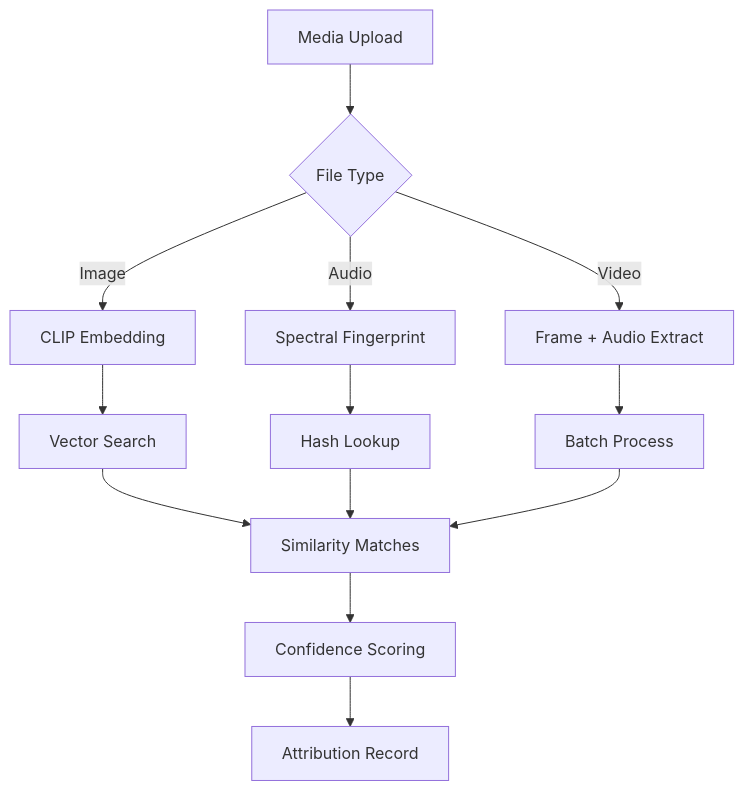
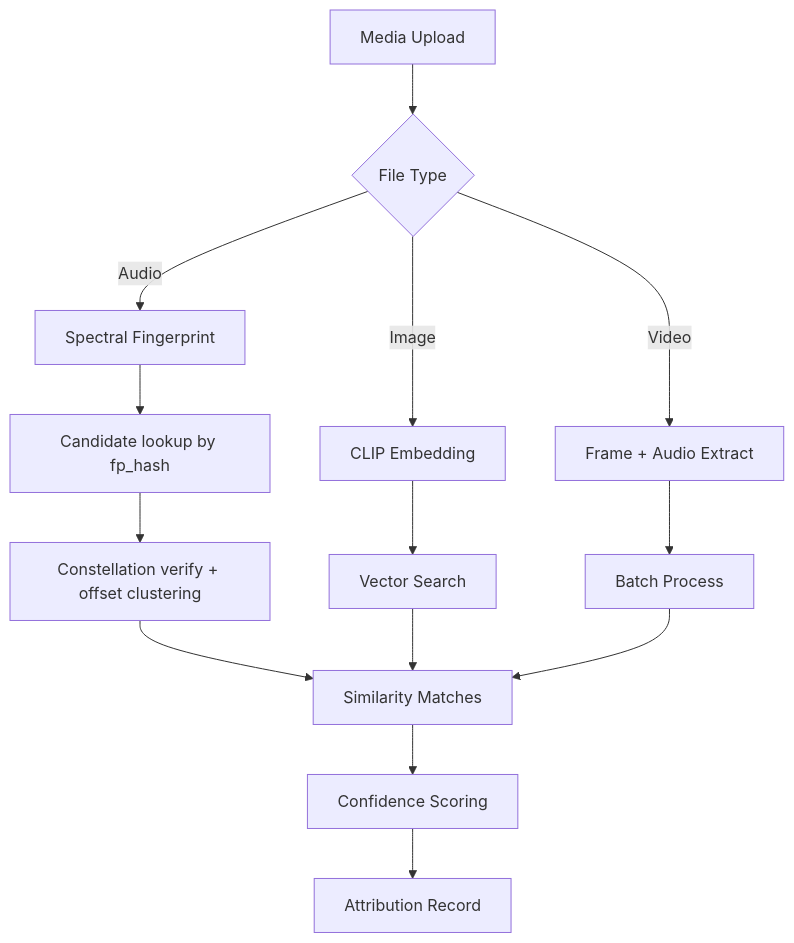
The diagram in README.md (The-Social-Proof-Foundation/proof-of-creativity), drawn with Mermaid before and after one commit. The commit also changed other lines of this file and 326 other files, not shown here.

````diff
--- a/README.md
+++ b/README.md
@@ -249,18 +308,19 @@
 ```mermaid
 graph TD
     A[Media Upload] --> B{File Type}
     B -->|Image| C[CLIP Embedding]
     B -->|Audio| D[Spectral Fingerprint]
     B -->|Video| E[Frame + Audio Extract]
     
     C --> F[Vector Search]
-    D --> G[Hash Lookup]
+    D --> G[Candidate lookup by fp_hash]
+    G --> V[Constellation verify + offset clustering]
+    V --> I[Similarity Matches]
     E --> H[Batch Process]
     
-    F --> I[Similarity Matches]
-    G --> I
+    F --> I
     H --> I
     
     I --> J[Confidence Scoring]
     J --> K[Attribution Record]
 ```
````
